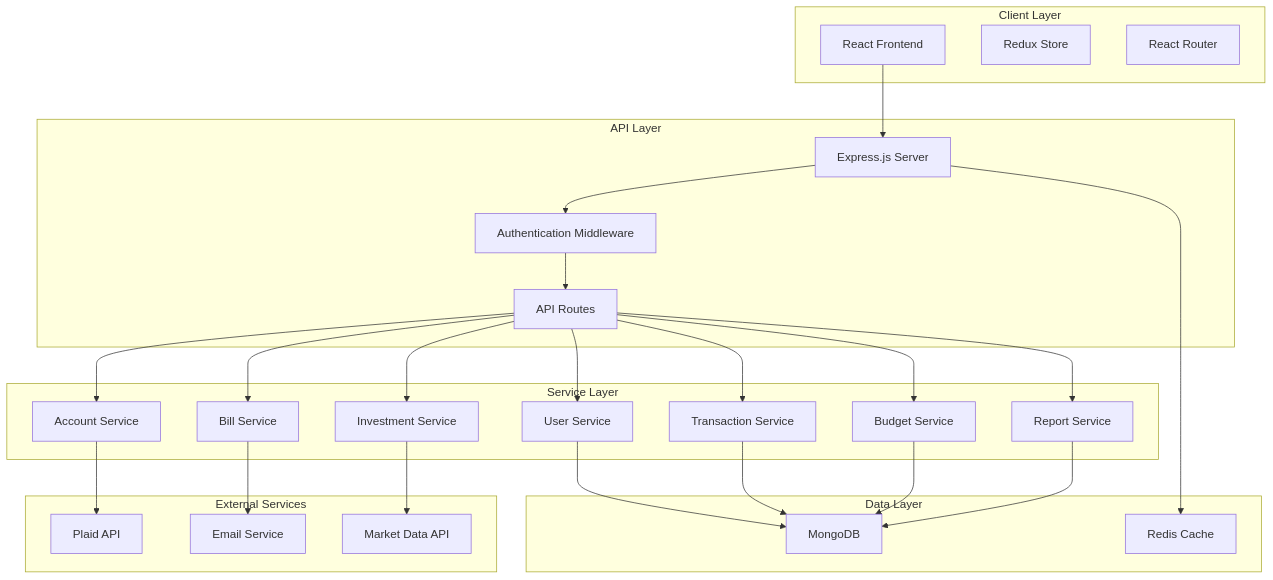
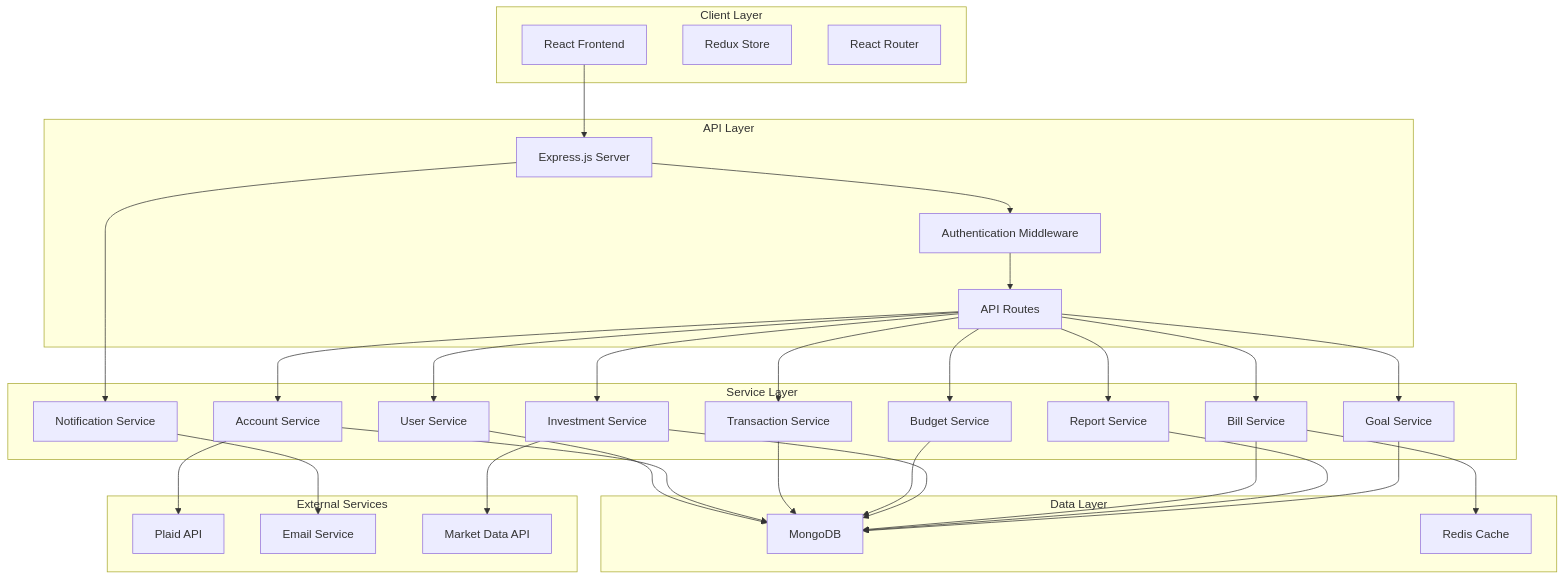
One commit to zaidhafeezvu/my-finance changed the diagram in .kiro/specs/finance-app/design.md. Above: the diagram before and after it, drawn with Mermaid. The commit also changed other lines of this file, not shown here.

````diff
--- a/.kiro/specs/finance-app/design.md
+++ b/.kiro/specs/finance-app/design.md
@@ -13,54 +13,62 @@
 ```mermaid
 graph TB
     subgraph "Client Layer"
         A[React Frontend]
         B[Redux Store]
         C[React Router]
     end
     
     subgraph "API Layer"
         D[Express.js Server]
         E[Authentication Middleware]
         F[API Routes]
     end
     
     subgraph "Service Layer"
         G[User Service]
         H[Account Service]
         I[Transaction Service]
         J[Budget Service]
         K[Investment Service]
         L[Bill Service]
         M[Report Service]
+        N[Goal Service]
+        O[Notification Service]
     end
     
     subgraph "Data Layer"
-        N[MongoDB]
-        O[Redis Cache]
+        P[MongoDB]
+        Q[Redis Cache]
     end
     
     subgraph "External Services"
-        P[Plaid API]
-        Q[Email Service]
-        R[Market Data API]
+        R[Plaid API]
+        S[Email Service]
+        T[Market Data API]
     end
     
     A --> D
     D --> E
     E --> F
     F --> G
     F --> H
     F --> I
     F --> J
     F --> K
     F --> L
     F --> M
-    G --> N
+    F --> N
+    G --> P
     H --> P
-    I --> N
-    J --> N
-    K --> R
+    I --> P
+    J --> P
+    K --> P
+    L --> P
+    M --> P
+    N --> P
+    H --> R
+    K --> T
     L --> Q
-    M --> N
+    O --> S
     D --> O
 ```
````
